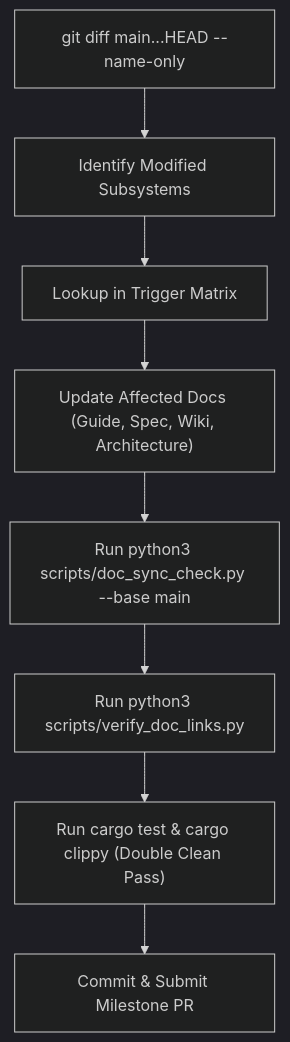
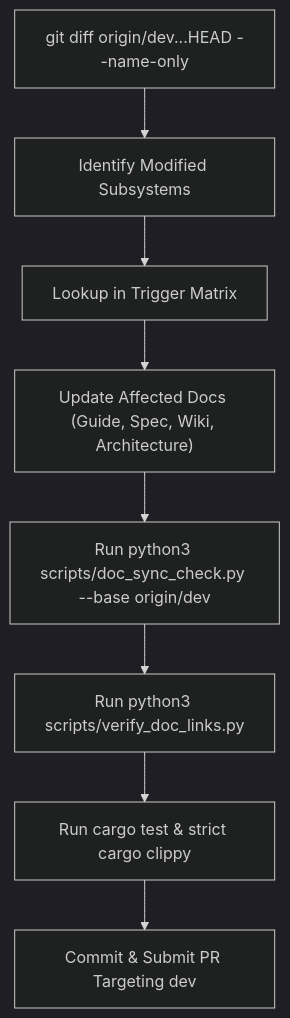
One commit to Jehudme/solix-language changed the diagram in docs/internals/guidelines/documentation-update-protocol.md. Above: the diagram before and after it, drawn with Mermaid (dark theme). The commit also changed other lines of this file and 26 other files, not shown here.

````diff
--- a/docs/internals/guidelines/documentation-update-protocol.md
+++ b/docs/internals/guidelines/documentation-update-protocol.md
@@ -77,10 +81,10 @@
 ```mermaid
 flowchart TD
-    A["git diff main...HEAD --name-only"] --> B["Identify Modified Subsystems"]
-    B --> C["Lookup in Trigger Matrix"]
-    C --> D["Update Affected Docs (Guide, Spec, Wiki, Architecture)"]
-    D --> E["Run python3 scripts/doc_sync_check.py --base main"]
-    E --> F["Run python3 scripts/verify_doc_links.py"]
-    F --> G["Run cargo test & cargo clippy (Double Clean Pass)"]
-    G --> H["Commit & Submit Milestone PR"]
+    DiffStep["git diff origin/dev...HEAD --name-only"] --> IdentifyStep["Identify Modified Subsystems"]
+    IdentifyStep --> MatrixStep["Lookup in Trigger Matrix"]
+    MatrixStep --> UpdateDocs["Update Affected Docs (Guide, Spec, Wiki, Architecture)"]
+    UpdateDocs --> RunSync["Run python3 scripts/doc_sync_check.py --base origin/dev"]
+    RunSync --> RunLinks["Run python3 scripts/verify_doc_links.py"]
+    RunLinks --> DoublePass["Run cargo test & strict cargo clippy"]
+    DoublePass --> SubmitPr["Commit & Submit PR Targeting dev"]
 ```
````
